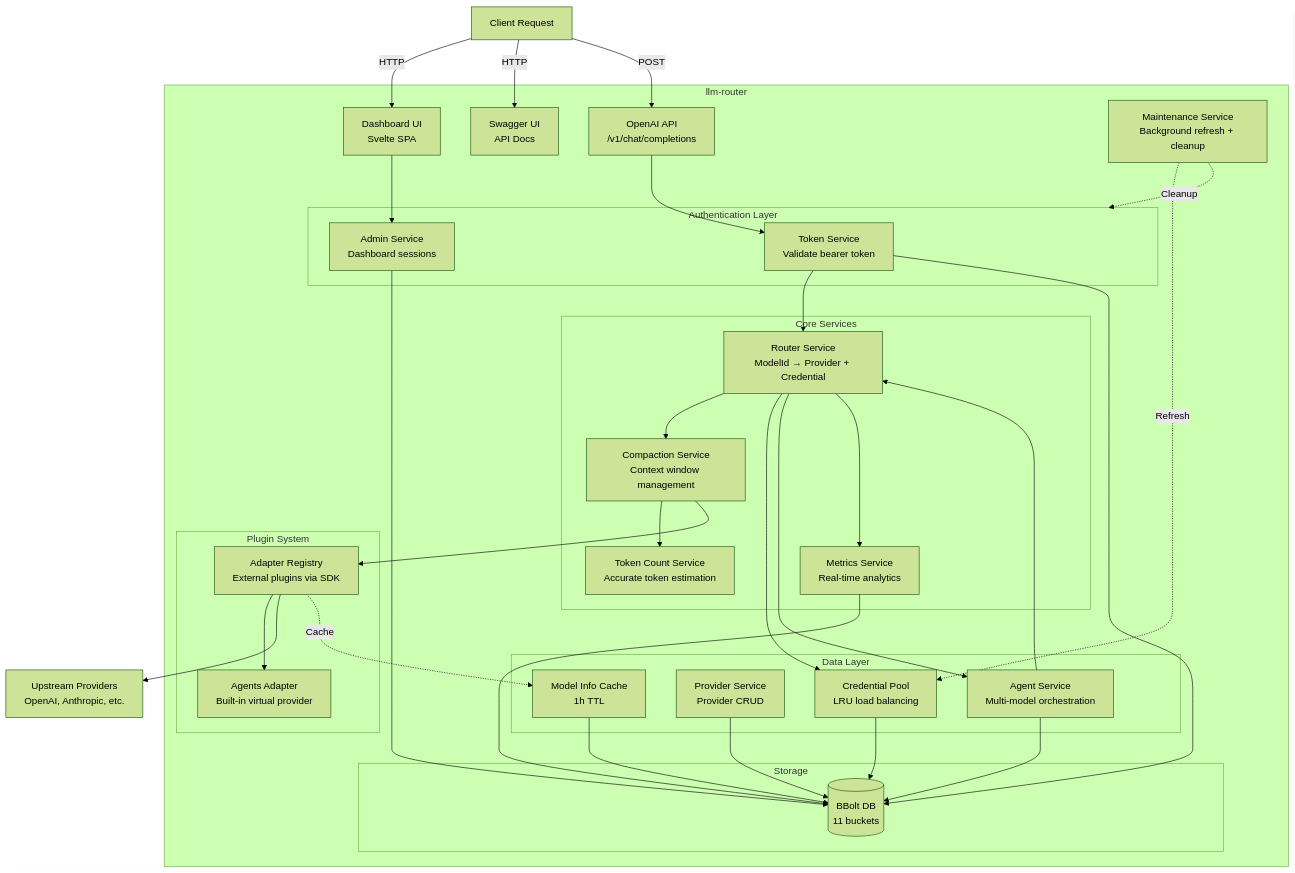
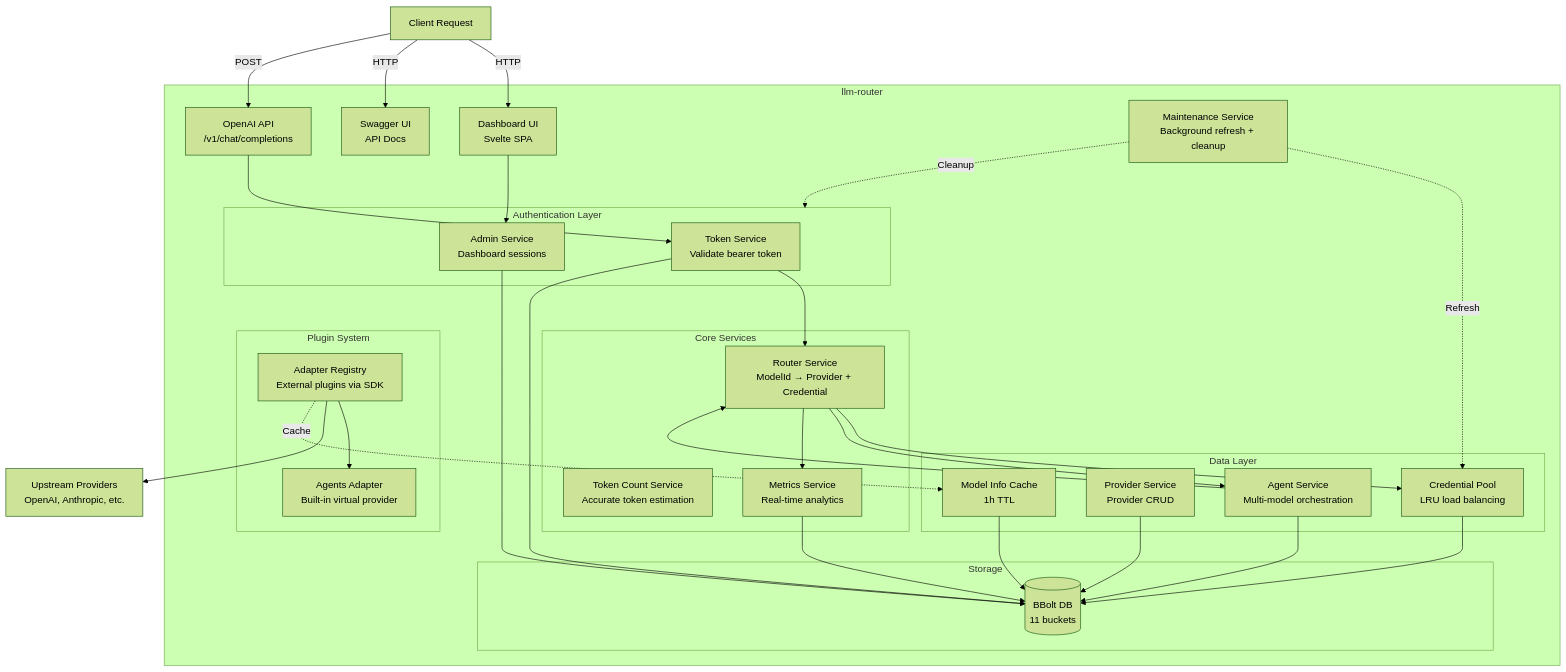
One commit to TheSlopMachine/llm-router changed the diagram in README.md. Above: the diagram before and after it, drawn with Mermaid (forest theme). The commit also changed other lines of this file and 7 other files, not shown here.

First line of the commit message:
Remove compaction service

````diff
--- a/README.md
+++ b/README.md
@@ -30,76 +30,72 @@
 ```mermaid
 flowchart TB
     Client[Client Request]
     
     subgraph Router["llm-router"]
         Dashboard[Dashboard UI<br/>Svelte SPA]
         Swagger[Swagger UI<br/>API Docs]
         API[OpenAI API<br/>/v1/chat/completions]
         
         subgraph Auth["Authentication Layer"]
             TokenSvc[Token Service<br/>Validate bearer token]
             AdminSvc[Admin Service<br/>Dashboard sessions]
         end
         
         subgraph Core["Core Services"]
             RouterSvc[Router Service<br/>ModelId → Provider + Credential]
-            CompactionSvc[Compaction Service<br/>Context window management]
             TokenCountSvc[Token Count Service<br/>Accurate token estimation]
             MetricsSvc[Metrics Service<br/>Real-time analytics]
         end
         
         subgraph Data["Data Layer"]
             CredentialPool[Credential Pool<br/>LRU load balancing]
             ProviderSvc[Provider Service<br/>Provider CRUD]
             AgentSvc[Agent Service<br/>Multi-model orchestration]
             ModelInfoSvc[Model Info Cache<br/>1h TTL]
         end
         
         subgraph Storage["Storage"]
             DB[(BBolt DB<br/>11 buckets)]
         end
         
         subgraph Plugins["Plugin System"]
             Registry[Adapter Registry<br/>External plugins via SDK]
             AgentsAdapter[Agents Adapter<br/>Built-in virtual provider]
         end
         
         Maintenance[Maintenance Service<br/>Background refresh + cleanup]
     end
     
     Upstream[Upstream Providers<br/>OpenAI, Anthropic, etc.]
     
     Client -->|HTTP| Dashboard
     Client -->|HTTP| Swagger
     Client -->|POST| API
     
     API --> TokenSvc
     Dashboard --> AdminSvc
     
     TokenSvc --> RouterSvc
-    RouterSvc --> CompactionSvc
-    CompactionSvc --> TokenCountSvc
-    CompactionSvc --> Registry
     
     RouterSvc --> CredentialPool
     RouterSvc --> AgentSvc
     RouterSvc --> MetricsSvc
     
     Registry --> AgentsAdapter
     Registry --> Upstream
     
     AgentSvc --> RouterSvc
     
     CredentialPool --> DB
     ProviderSvc --> DB
     AgentSvc --> DB
     TokenSvc --> DB
     AdminSvc --> DB
     MetricsSvc --> DB
     ModelInfoSvc --> DB
     
     Maintenance -.->|Refresh| CredentialPool
     Maintenance -.->|Cleanup| Auth
     
     Registry -.->|Cache| ModelInfoSvc
 ```
````
